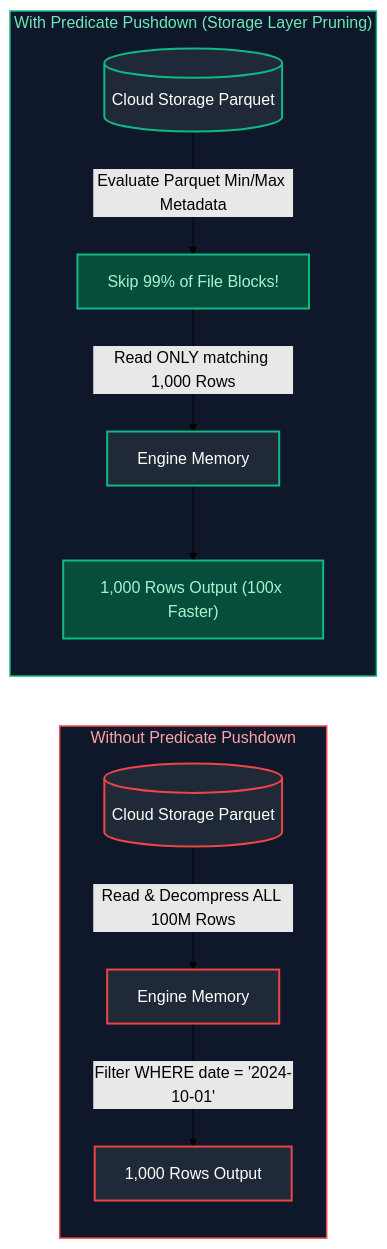
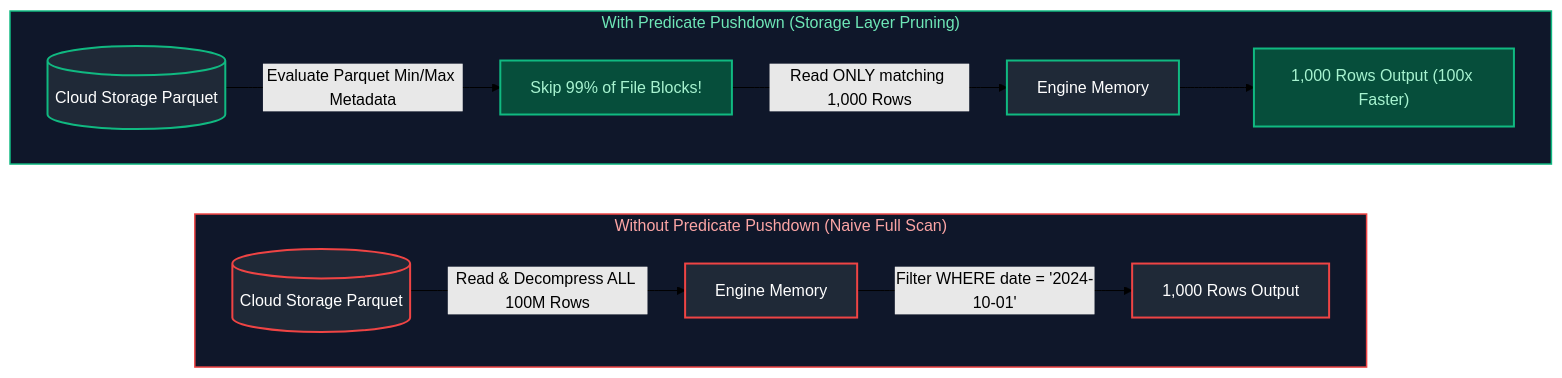
One commit to joydeep-biswas/Interview-Preparation changed diagram 19 of 27 in Data Engineering/04_database_internals_and_performance.md. Above: the diagram before and after it, drawn with Mermaid (forest theme). The commit also changed other lines of this file and 76 other files, not shown here.

Commit message:
Updated Charts

````diff
--- a/Data Engineering/04_database_internals_and_performance.md
+++ b/Data Engineering/04_database_internals_and_performance.md
@@ -1104,24 +1120,26 @@
 ```mermaid
 flowchart LR
-    subgraph WithoutPushdown ["Without Predicate Pushdown"]
+    subgraph WithoutPushdown ["Without Predicate Pushdown (Naive Full Scan)"]
+        direction LR
         Storage1[(Cloud Storage Parquet)] -->|Read & Decompress ALL 100M Rows| Compute1[Engine Memory]
         Compute1 -->|"Filter WHERE date = '2024-10-01'"| Output1[1,000 Rows Output]
     end
 
     subgraph WithPushdown ["With Predicate Pushdown (Storage Layer Pruning)"]
+        direction LR
         Storage2[(Cloud Storage Parquet)] -->|Evaluate Parquet Min/Max Metadata| Prune[Skip 99% of File Blocks!]
         Prune -->|Read ONLY matching 1,000 Rows| Compute2[Engine Memory]
         Compute2 --> Output2["1,000 Rows Output (100x Faster)"]
     end
 
     style WithoutPushdown fill:#0f172a,stroke:#ef4444,stroke-width:1.5px,color:#fca5a5
     style WithPushdown fill:#0f172a,stroke:#10b981,stroke-width:1.5px,color:#6ee7b7
 
     style Storage1 fill:#1f2937,stroke:#ef4444,stroke-width:2px,color:#fff
     style Compute1 fill:#1f2937,stroke:#ef4444,stroke-width:2px,color:#fff
     style Output1 fill:#1f2937,stroke:#ef4444,stroke-width:2px,color:#fff
     style Storage2 fill:#1f2937,stroke:#10b981,stroke-width:2px,color:#fff
     style Prune fill:#064e3b,stroke:#10b981,stroke-width:2px,color:#a7f3d0
     style Compute2 fill:#1f2937,stroke:#10b981,stroke-width:2px,color:#fff
     style Output2 fill:#064e3b,stroke:#10b981,stroke-width:2px,color:#a7f3d0
 ```
````
